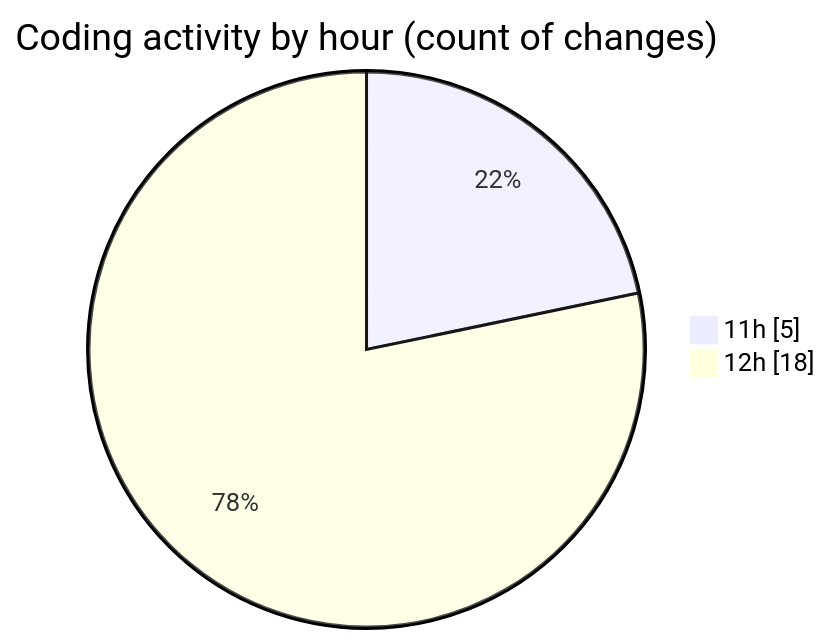
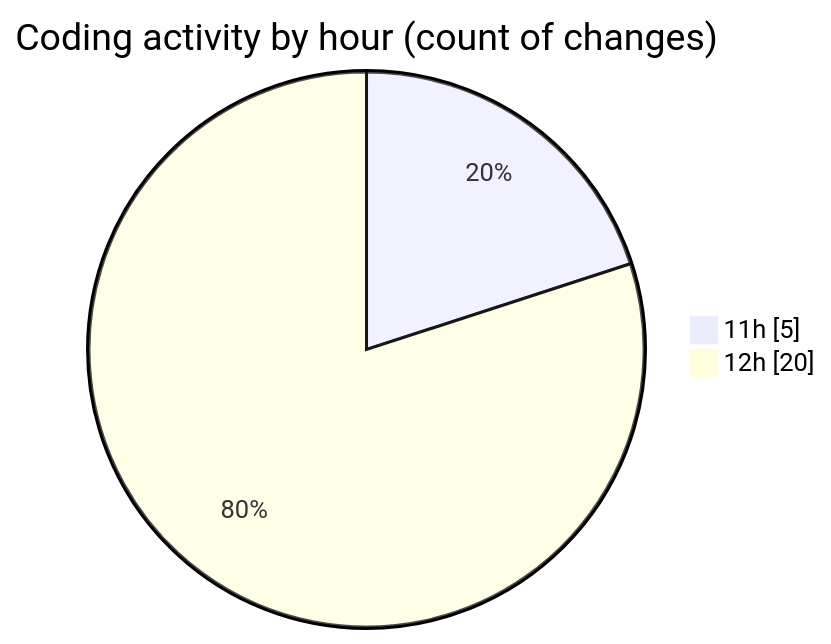
The second of 2 diagrams in 2025-07-11/cda/README.md (momahboobian/code-tracking), drawn with Mermaid before and after one commit. The commit also changed other lines of this file and 1 other file, not shown here.

````diff
--- a/2025-07-11/cda/README.md
+++ b/2025-07-11/cda/README.md
@@ -30,6 +32,6 @@
 ```mermaid
 pie showData
 title Coding activity by hour (count of changes)
 "11h" : 5
-"12h" : 18
+"12h" : 20
 ```
````
